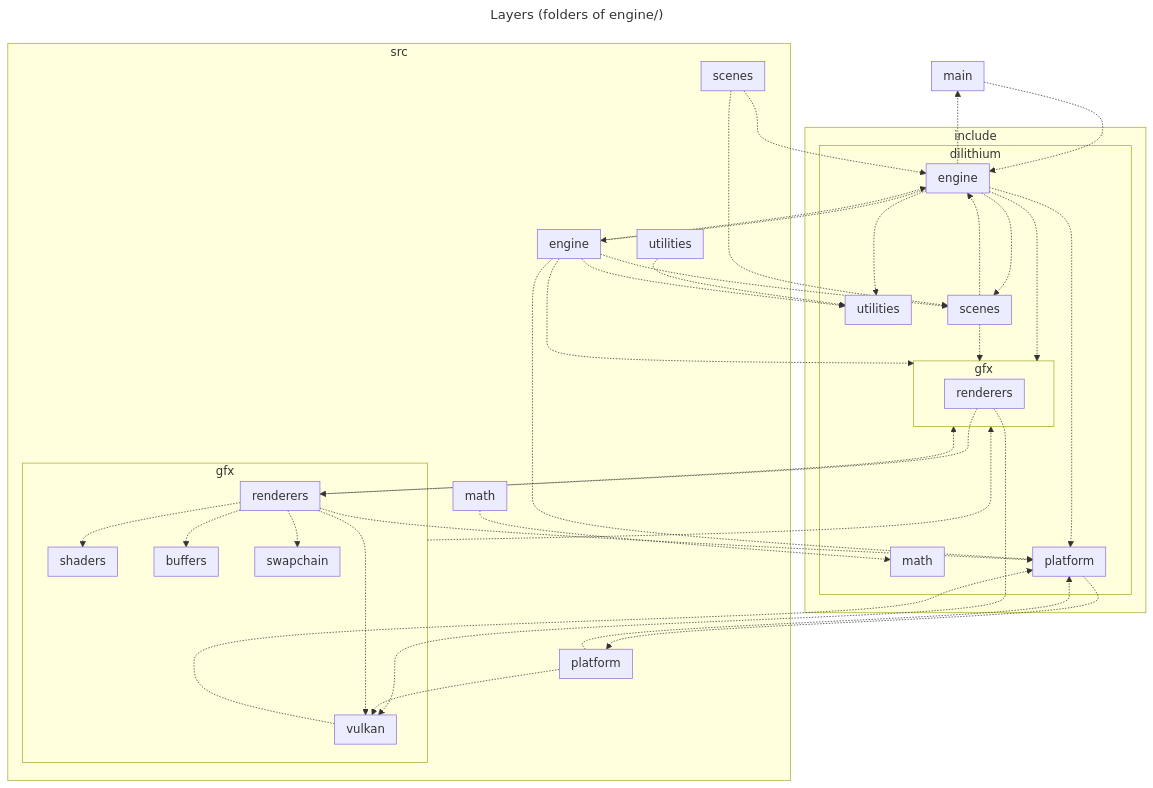
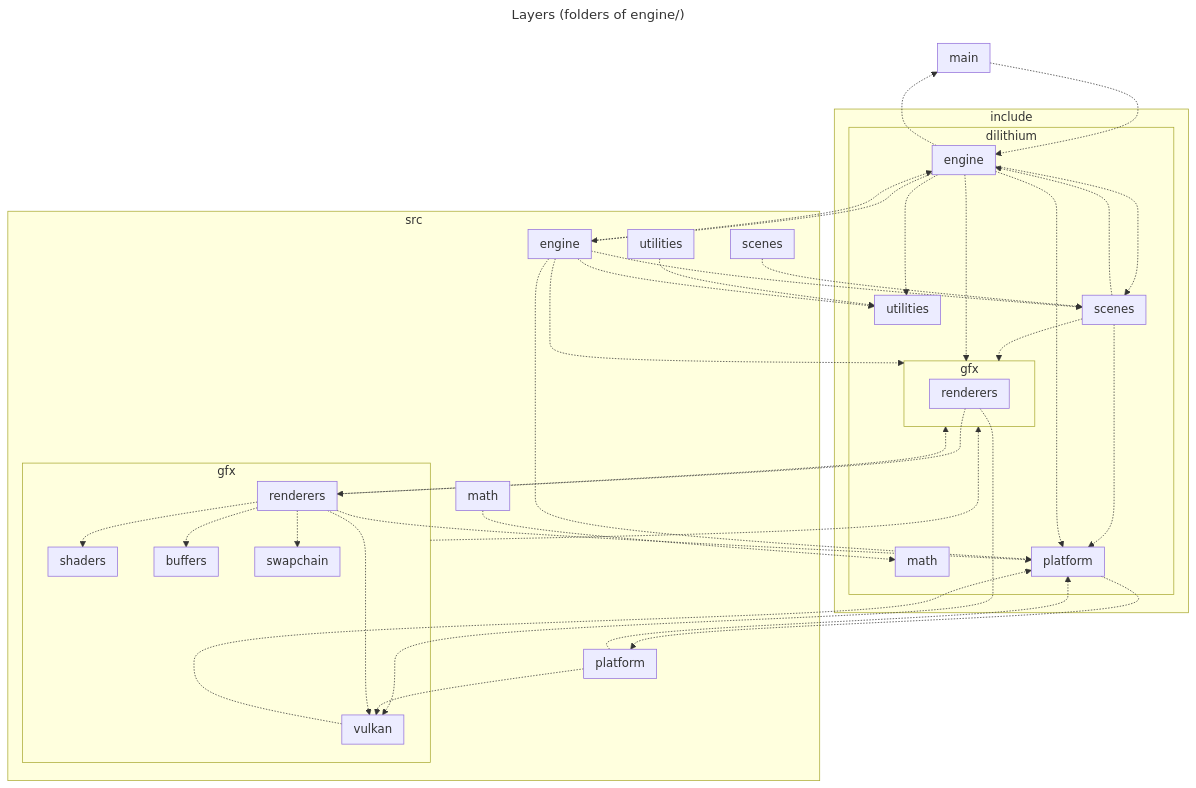
One commit to mattCasanova/Dilithium2D changed the diagram in docs/architecture/generated/layers.mmd. Above: the diagram before and after it, drawn with Mermaid. The commit also changed 25 other files, not shown here.

```diff
--- a/docs/architecture/generated/layers.mmd
+++ b/docs/architecture/generated/layers.mmd
@@ -1,79 +1,79 @@
 ---
 title: Layers (folders of engine/)
 ---
 flowchart
     subgraph C_0012809092572990289391[include]
     subgraph C_0012577257405327163239[dilithium]
-    subgraph C_0003542656463181301996[engine]
+    subgraph C_0006298341999832860390[platform]
     end
     subgraph C_0006377284217044718053[scenes]
     end
     subgraph C_0008414304222372601029[utilities]
     end
-    subgraph C_0006298341999832860390[platform]
+    subgraph C_0017825392617274527979[math]
     end
-    subgraph C_0017825392617274527979[math]
+    subgraph C_0003542656463181301996[engine]
     end
     subgraph C_0003901156776538314640[gfx]
     subgraph C_0017663372143550190399[renderers]
     end
     end
     end
     end
     subgraph C_0010654316019790784920[src]
     subgraph C_0014822937323245241197[scenes]
     end
     subgraph C_0007071731057941935089[platform]
     end
     subgraph C_0010233608232007854375[math]
     end
     subgraph C_0013524850851676760114[utilities]
     end
     subgraph C_0015421901025311985358[engine]
     end
     subgraph C_0000870633202236785065[gfx]
     subgraph C_0004804608036888100374[swapchain]
     end
     subgraph C_0011729562870360606892[vulkan]
     end
     subgraph C_0018135243476833536659[renderers]
     end
     subgraph C_0005196780557443478016[buffers]
     end
     subgraph C_0016936712551952591823[shaders]
     end
     end
     end
     subgraph C_0016453121658487405624[main]
     end
+    C_0006298341999832860390 -.-> C_0007071731057941935089
+    C_0006377284217044718053 -.-> C_0006298341999832860390
+    C_0006377284217044718053 -.-> C_0003901156776538314640
+    C_0006377284217044718053 -.-> C_0003542656463181301996
+    C_0003542656463181301996 -.-> C_0006298341999832860390
     C_0003542656463181301996 -.-> C_0015421901025311985358
     C_0003542656463181301996 -.-> C_0008414304222372601029
-    C_0003542656463181301996 -.-> C_0006298341999832860390
     C_0003542656463181301996 -.-> C_0003901156776538314640
     C_0003542656463181301996 -.-> C_0006377284217044718053
     C_0003542656463181301996 -.-> C_0016453121658487405624
-    C_0006377284217044718053 -.-> C_0003542656463181301996
-    C_0006377284217044718053 -.-> C_0003901156776538314640
-    C_0006298341999832860390 -.-> C_0007071731057941935089
     C_0017663372143550190399 -.-> C_0018135243476833536659
     C_0017663372143550190399 -.-> C_0011729562870360606892
     C_0014822937323245241197 -.-> C_0006377284217044718053
-    C_0014822937323245241197 -.-> C_0003542656463181301996
     C_0007071731057941935089 -.-> C_0006298341999832860390
     C_0007071731057941935089 -.-> C_0011729562870360606892
     C_0010233608232007854375 -.-> C_0017825392617274527979
     C_0013524850851676760114 -.-> C_0008414304222372601029
-    C_0015421901025311985358 -.-> C_0003542656463181301996
     C_0015421901025311985358 -.-> C_0006298341999832860390
     C_0015421901025311985358 -.-> C_0003901156776538314640
     C_0015421901025311985358 -.-> C_0006377284217044718053
     C_0015421901025311985358 -.-> C_0008414304222372601029
+    C_0015421901025311985358 -.-> C_0003542656463181301996
     C_0000870633202236785065 -.-> C_0003901156776538314640
     C_0011729562870360606892 -.-> C_0006298341999832860390
     C_0018135243476833536659 -.-> C_0011729562870360606892
     C_0018135243476833536659 -.-> C_0004804608036888100374
     C_0018135243476833536659 -.-> C_0006298341999832860390
     C_0018135243476833536659 -.-> C_0003901156776538314640
     C_0018135243476833536659 -.-> C_0005196780557443478016
     C_0018135243476833536659 -.-> C_0016936712551952591823
     C_0016453121658487405624 -.-> C_0003542656463181301996
```
